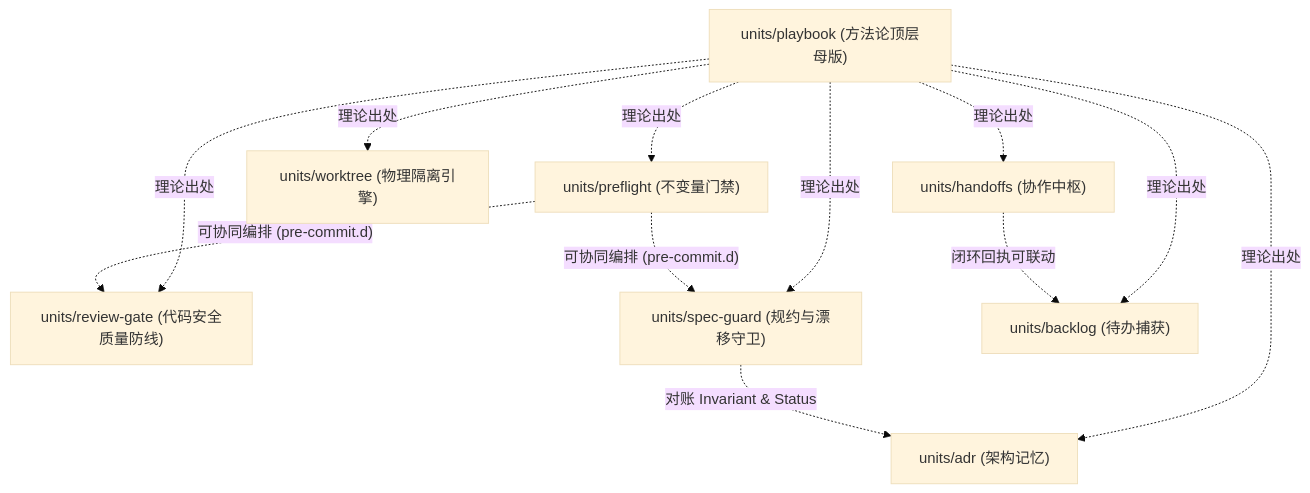
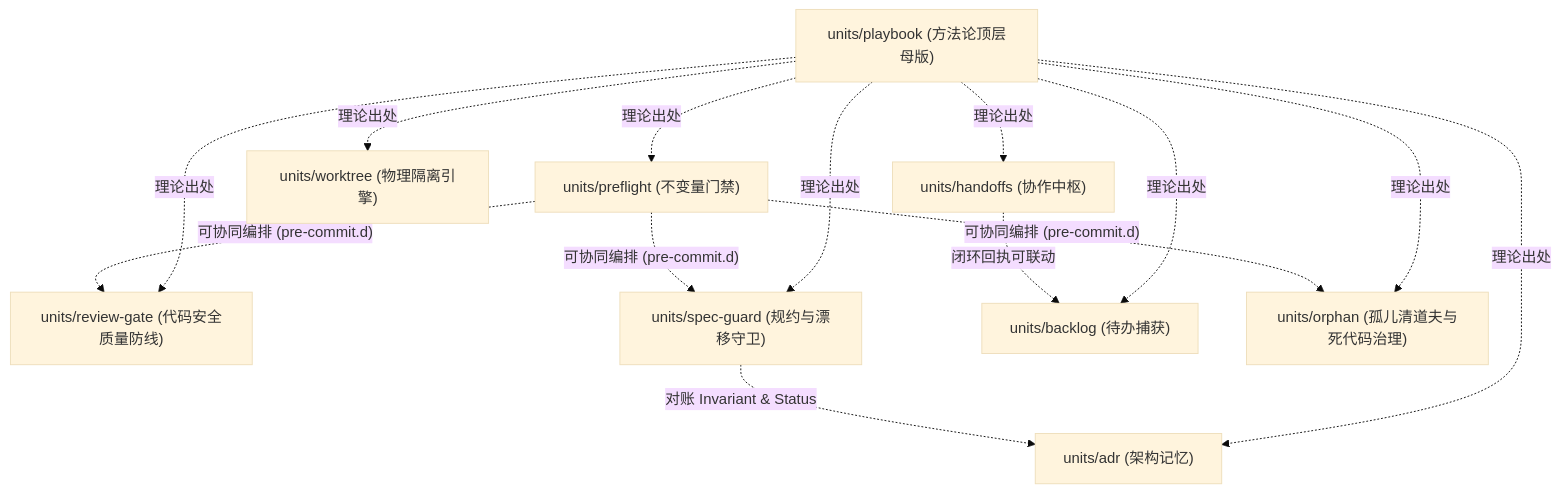
One commit to ChurzeXo/ReasonWeave changed the diagram in group/architecture/dependency-graph.md. Above: the diagram before and after it, drawn with Mermaid (base theme). The commit also changed other lines of this file and 4 other files, not shown here.

First line of the commit message:
docs(governance): lock ADR-0013, Backlog-14, and align AGENTS.md and dependency graph

````diff
--- a/group/architecture/dependency-graph.md
+++ b/group/architecture/dependency-graph.md
@@ -7,25 +7,28 @@
 ```mermaid
 graph TD
     PLAYBOOK["units/playbook (方法论顶层母版)"]
     
     HANDOFFS["units/handoffs (协作中枢)"]
     WORKTREE["units/worktree (物理隔离引擎)"]
     PREFLIGHT["units/preflight (不变量门禁)"]
     REVIEW["units/review-gate (代码安全质量防线)"]
     ADR["units/adr (架构记忆)"]
     SPECGUARD["units/spec-guard (规约与漂移守卫)"]
     BACKLOG["units/backlog (待办捕获)"]
+    ORPHAN["units/orphan (孤儿清道夫与死代码治理)"]
     
     PLAYBOOK -.->|"理论出处"| PREFLIGHT
     PLAYBOOK -.->|"理论出处"| REVIEW
     PLAYBOOK -.->|"理论出处"| ADR
     PLAYBOOK -.->|"理论出处"| SPECGUARD
     PLAYBOOK -.->|"理论出处"| BACKLOG
     PLAYBOOK -.->|"理论出处"| HANDOFFS
     PLAYBOOK -.->|"理论出处"| WORKTREE
+    PLAYBOOK -.->|"理论出处"| ORPHAN
     
     SPECGUARD -.->|"对账 Invariant & Status"| ADR
     PREFLIGHT -.->|"可协同编排 (pre-commit.d)"| SPECGUARD
     PREFLIGHT -.->|"可协同编排 (pre-commit.d)"| REVIEW
+    PREFLIGHT -.->|"可协同编排 (pre-commit.d)"| ORPHAN
     HANDOFFS -.->|"闭环回执可联动"| BACKLOG
 ```
````
